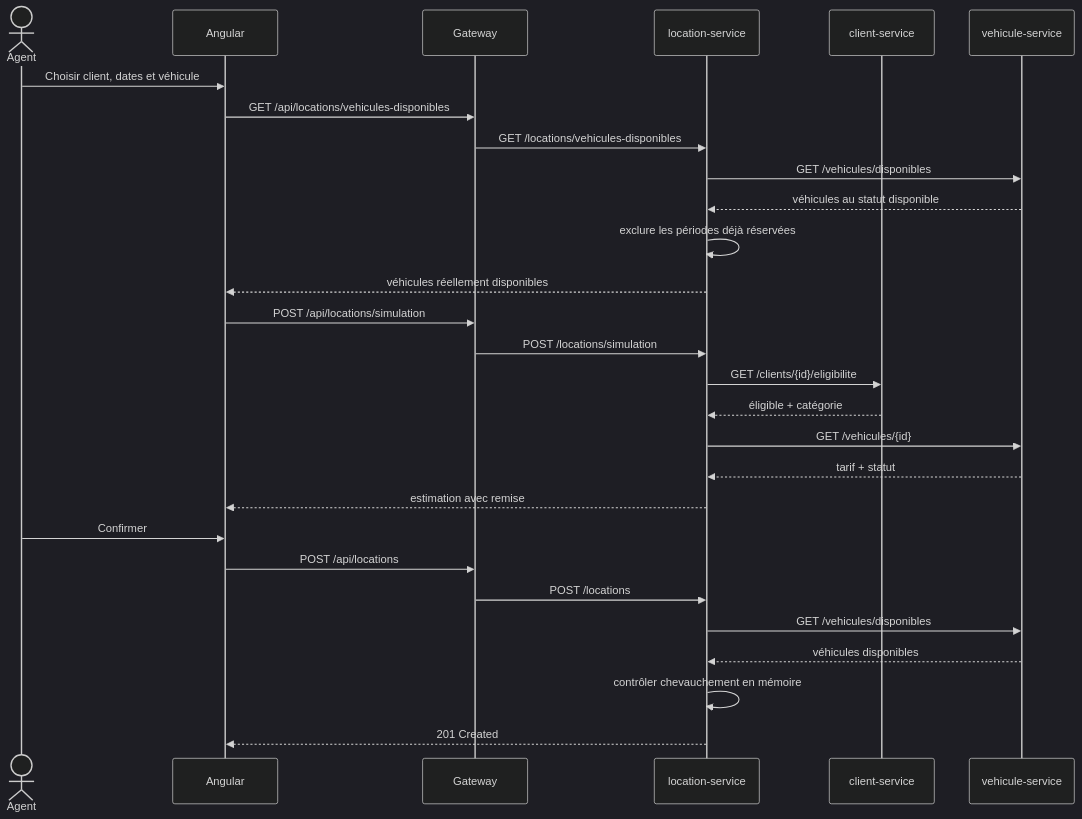
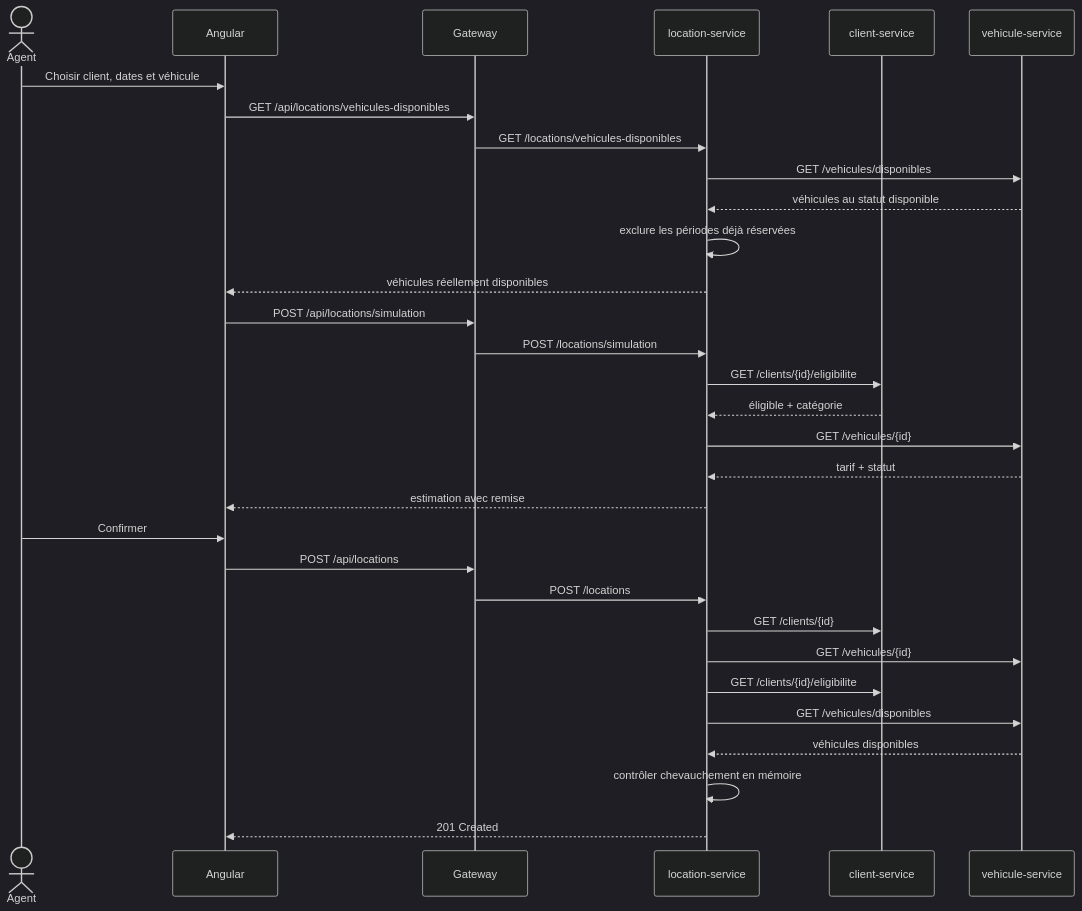
One commit to yassinguesmi-dot/drive-easy changed the sixth of 6 diagrams in driveeasy-backend/docs/rapport.md. Above: the diagram before and after it, drawn with Mermaid (dark theme). The commit also changed other lines of this file and 14 other files, not shown here.

````diff
--- a/driveeasy-backend/docs/rapport.md
+++ b/driveeasy-backend/docs/rapport.md
@@ -261,30 +287,33 @@
 ```mermaid
 sequenceDiagram
   actor Agent
   participant UI as Angular
   participant GW as Gateway
   participant L as location-service
   participant C as client-service
   participant V as vehicule-service
   Agent->>UI: Choisir client, dates et véhicule
   UI->>GW: GET /api/locations/vehicules-disponibles
   GW->>L: GET /locations/vehicules-disponibles
   L->>V: GET /vehicules/disponibles
   V-->>L: véhicules au statut disponible
   L->>L: exclure les périodes déjà réservées
   L-->>UI: véhicules réellement disponibles
   UI->>GW: POST /api/locations/simulation
   GW->>L: POST /locations/simulation
   L->>C: GET /clients/{id}/eligibilite
   C-->>L: éligible + catégorie
   L->>V: GET /vehicules/{id}
   V-->>L: tarif + statut
   L-->>UI: estimation avec remise
   Agent->>UI: Confirmer
   UI->>GW: POST /api/locations
   GW->>L: POST /locations
+  L->>C: GET /clients/{id}
+  L->>V: GET /vehicules/{id}
+  L->>C: GET /clients/{id}/eligibilite
   L->>V: GET /vehicules/disponibles
   V-->>L: véhicules disponibles
   L->>L: contrôler chevauchement en mémoire
   L-->>UI: 201 Created
 ```
````
